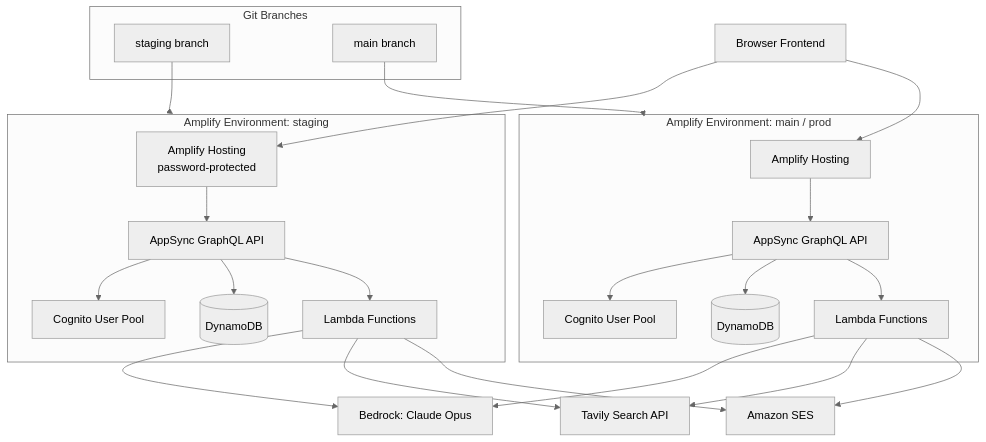
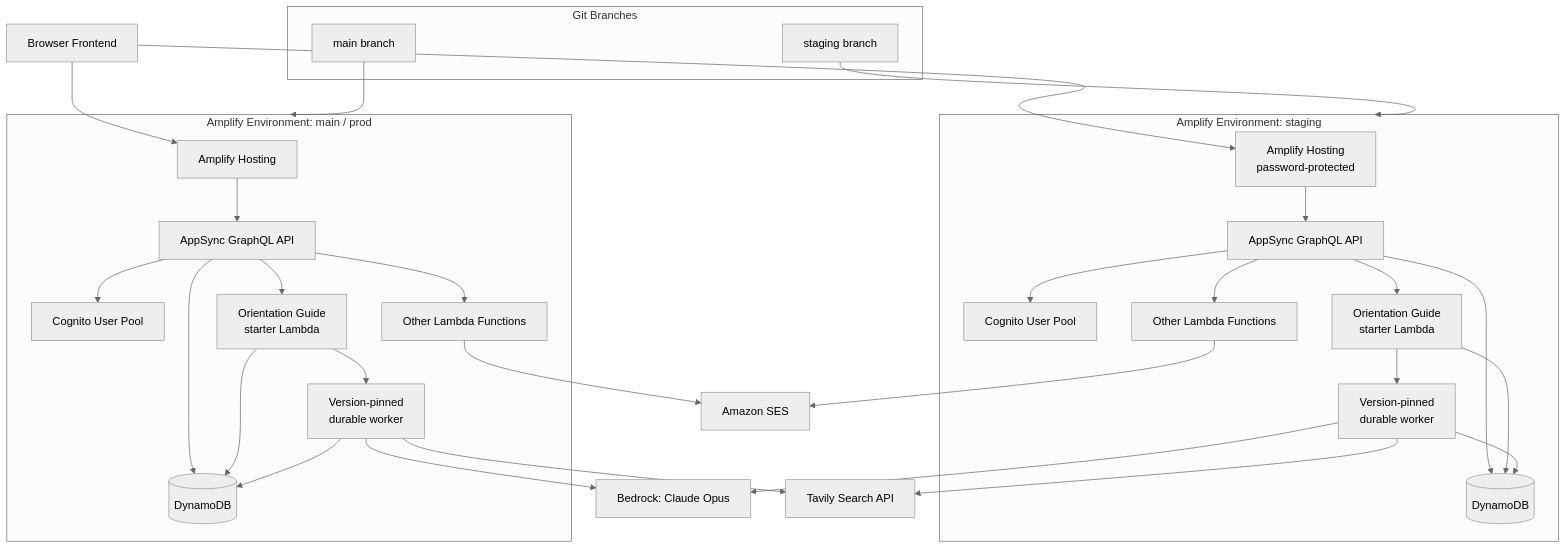
Before and after one commit to grondak/tarot-spa: the second of 3 diagrams in _bmad-output/planning-artifacts/architecture/architecture-tarot-spa-2026-07-10/ARCHITECTURE-SPINE.md, drawn with Mermaid (neutral theme). The commit also changed other lines of this file and 30 other files, not shown here.

Commit message:
feat: make orientation guide generation durable

````diff
--- a/_bmad-output/planning-artifacts/architecture/architecture-tarot-spa-2026-07-10/ARCHITECTURE-SPINE.md
+++ b/_bmad-output/planning-artifacts/architecture/architecture-tarot-spa-2026-07-10/ARCHITECTURE-SPINE.md
@@ -183,51 +204,63 @@
 ```mermaid
 flowchart TB
   subgraph GIT[Git Branches]
     STAGING_BR[staging branch]
     MAIN_BR[main branch]
   end
 
   BROWSER[Browser Frontend]
 
   subgraph STAGING_ENV[Amplify Environment: staging]
     STAGING_HOST[Amplify Hosting<br/>password-protected]
     STAGING_COGNITO[Cognito User Pool]
     STAGING_APPSYNC[AppSync GraphQL API]
     STAGING_DDB[(DynamoDB)]
-    STAGING_FN[Lambda Functions]
+    STAGING_FN[Other Lambda Functions]
+    STAGING_START[Orientation Guide<br/>starter Lambda]
+    STAGING_DURABLE[Version-pinned<br/>durable worker]
   end
 
   subgraph PROD_ENV[Amplify Environment: main / prod]
     PROD_HOST[Amplify Hosting]
     PROD_COGNITO[Cognito User Pool]
     PROD_APPSYNC[AppSync GraphQL API]
     PROD_DDB[(DynamoDB)]
-    PROD_FN[Lambda Functions]
+    PROD_FN[Other Lambda Functions]
+    PROD_START[Orientation Guide<br/>starter Lambda]
+    PROD_DURABLE[Version-pinned<br/>durable worker]
   end
 
   BEDROCK[Bedrock: Claude Opus]
   TAVILY[Tavily Search API]
   SES[Amazon SES]
 
   STAGING_BR --> STAGING_ENV
   MAIN_BR --> PROD_ENV
 
   BROWSER --> STAGING_HOST
   BROWSER --> PROD_HOST
 
   STAGING_HOST --> STAGING_APPSYNC
   STAGING_APPSYNC --> STAGING_COGNITO
   STAGING_APPSYNC --> STAGING_DDB
   STAGING_APPSYNC --> STAGING_FN
-  STAGING_FN --> BEDROCK
-  STAGING_FN --> TAVILY
+  STAGING_APPSYNC --> STAGING_START
+  STAGING_START --> STAGING_DDB
+  STAGING_START --> STAGING_DURABLE
+  STAGING_DURABLE --> STAGING_DDB
+  STAGING_DURABLE --> BEDROCK
+  STAGING_DURABLE --> TAVILY
   STAGING_FN --> SES
 
   PROD_HOST --> PROD_APPSYNC
   PROD_APPSYNC --> PROD_COGNITO
   PROD_APPSYNC --> PROD_DDB
   PROD_APPSYNC --> PROD_FN
-  PROD_FN --> BEDROCK
-  PROD_FN --> TAVILY
+  PROD_APPSYNC --> PROD_START
+  PROD_START --> PROD_DDB
+  PROD_START --> PROD_DURABLE
+  PROD_DURABLE --> PROD_DDB
+  PROD_DURABLE --> BEDROCK
+  PROD_DURABLE --> TAVILY
   PROD_FN --> SES
 ```
````
